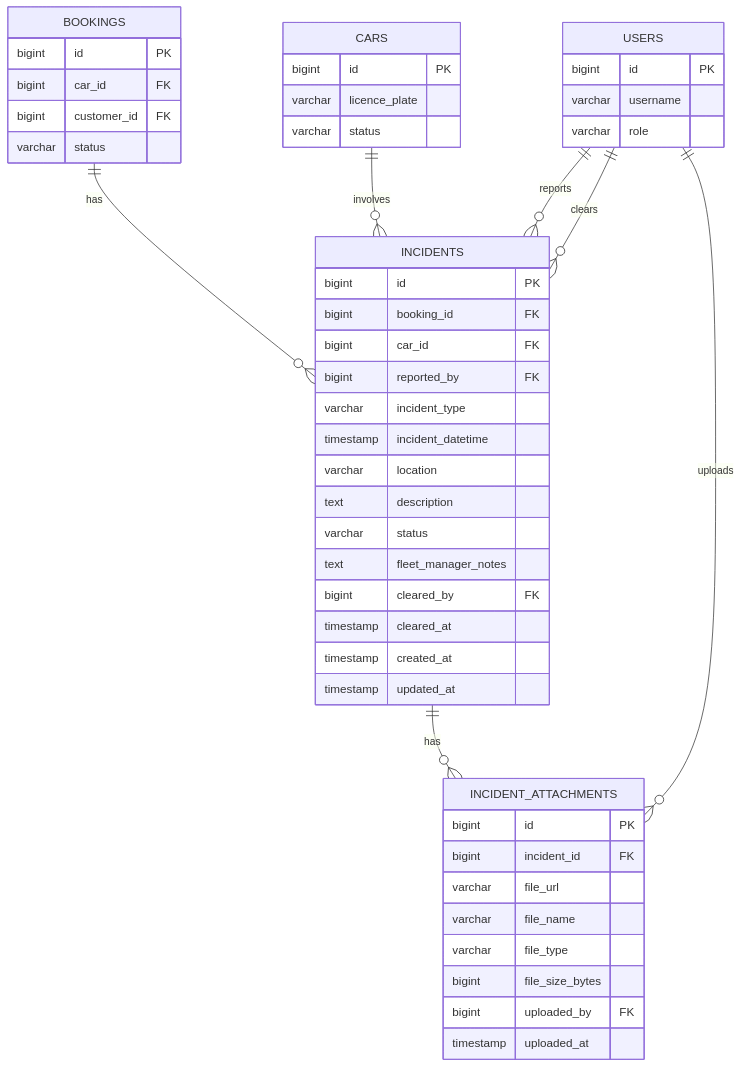
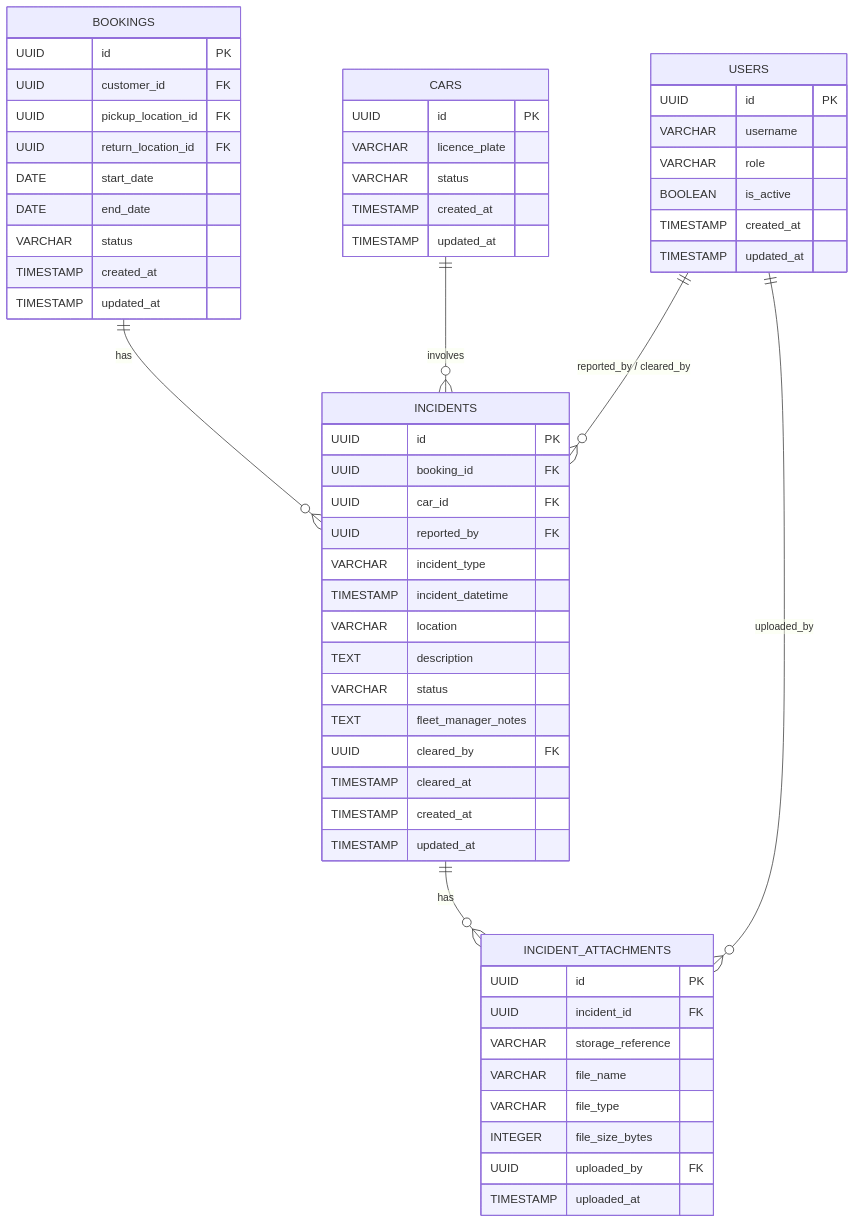
Before and after one commit to RavishankarDuMCA10/ai-sdlc: the diagram in docs/trd/database-design-car-management-record-incidents.md, drawn with Mermaid. The commit also changed other lines of this file and 1 other file, not shown here.

Commit message:
Update database design for incidents to reference consolidated TRD schemas and use UUID PKs

````diff
--- a/docs/trd/database-design-car-management-record-incidents.md
+++ b/docs/trd/database-design-car-management-record-incidents.md
@@ -5,56 +18,65 @@
 ```mermaid
 erDiagram
-    BOOKINGS {
-        bigint id PK
-        bigint car_id FK
-        bigint customer_id FK
-        varchar status
+    CARS {
+        UUID        id              PK
+        VARCHAR     licence_plate
+        VARCHAR     status
+        TIMESTAMP   created_at
+        TIMESTAMP   updated_at
     }
 
-    CARS {
-        bigint id PK
-        varchar licence_plate
-        varchar status
+    BOOKINGS {
+        UUID        id                  PK
+        UUID        customer_id         FK
+        UUID        pickup_location_id  FK
+        UUID        return_location_id  FK
+        DATE        start_date
+        DATE        end_date
+        VARCHAR     status
+        TIMESTAMP   created_at
+        TIMESTAMP   updated_at
     }
 
     USERS {
-        bigint id PK
-        varchar username
-        varchar role
+        UUID        id          PK
+        VARCHAR     username
+        VARCHAR     role
+        BOOLEAN     is_active
+        TIMESTAMP   created_at
+        TIMESTAMP   updated_at
     }
 
     INCIDENTS {
-        bigint id PK
-        bigint booking_id FK
-        bigint car_id FK
-        bigint reported_by FK
-        varchar incident_type
-        timestamp incident_datetime
-        varchar location
-        text description
-        varchar status
-        text fleet_manager_notes
-        bigint cleared_by FK
-        timestamp cleared_at
-        timestamp created_at
-        timestamp updated_at
+        UUID        id                  PK
+        UUID        booking_id          FK
+        UUID        car_id              FK
+        UUID        reported_by         FK
+        VARCHAR     incident_type
+        TIMESTAMP   incident_datetime
+        VARCHAR     location
+        TEXT        description
+        VARCHAR     status
+        TEXT        fleet_manager_notes
+        UUID        cleared_by          FK
+        TIMESTAMP   cleared_at
+        TIMESTAMP   created_at
+        TIMESTAMP   updated_at
     }
 
     INCIDENT_ATTACHMENTS {
-        bigint id PK
-        bigint incident_id FK
-        varchar file_url
-        varchar file_name
-        varchar file_type
-        bigint file_size_bytes
-        bigint uploaded_by FK
-        timestamp uploaded_at
+        UUID        id                  PK
+        UUID        incident_id         FK
+        VARCHAR     storage_reference
+        VARCHAR     file_name
+        VARCHAR     file_type
+        INTEGER     file_size_bytes
+        UUID        uploaded_by         FK
+        TIMESTAMP   uploaded_at
     }
 
-    BOOKINGS ||--o{ INCIDENTS : "has"
-    CARS ||--o{ INCIDENTS : "involves"
-    USERS ||--o{ INCIDENTS : "reports"
-    USERS ||--o{ INCIDENTS : "clears"
-    INCIDENTS ||--o{ INCIDENT_ATTACHMENTS : "has"
-    USERS ||--o{ INCIDENT_ATTACHMENTS : "uploads"
+    BOOKINGS            ||--o{  INCIDENTS               : "has"
+    CARS                ||--o{  INCIDENTS               : "involves"
+    USERS               ||--o{  INCIDENTS               : "reported_by / cleared_by"
+    INCIDENTS           ||--o{  INCIDENT_ATTACHMENTS    : "has"
+    USERS               ||--o{  INCIDENT_ATTACHMENTS    : "uploaded_by"
 ```
````
